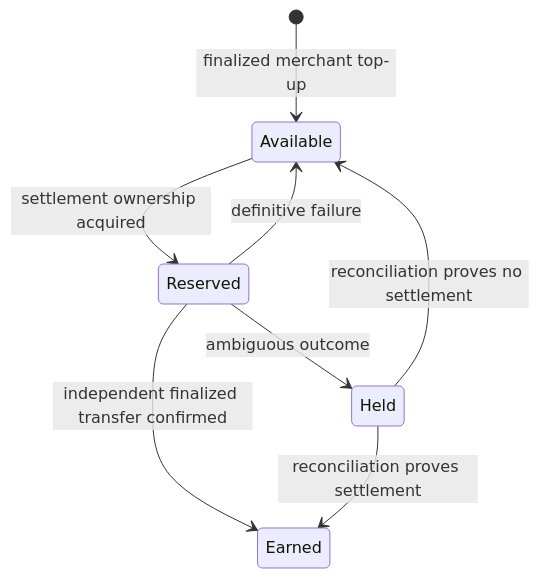
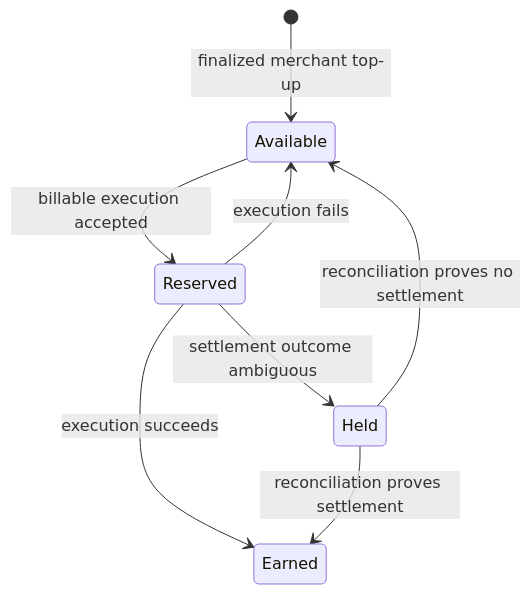
Before and after one commit to moelayyan90/XGuard: the diagram in BILLING.md, drawn with Mermaid. The commit also changed other lines of this file, not shown here.

````diff
--- a/BILLING.md
+++ b/BILLING.md
@@ -9,10 +53,10 @@
 ```mermaid
 stateDiagram-v2
   [*] --> Available: finalized merchant top-up
-  Available --> Reserved: settlement ownership acquired
-  Reserved --> Earned: independent finalized transfer confirmed
-  Reserved --> Available: definitive failure
-  Reserved --> Held: ambiguous outcome
+  Available --> Reserved: billable execution accepted
+  Reserved --> Earned: execution succeeds
+  Reserved --> Available: execution fails
+  Reserved --> Held: settlement outcome ambiguous
   Held --> Earned: reconciliation proves settlement
   Held --> Available: reconciliation proves no settlement
 ```
````
